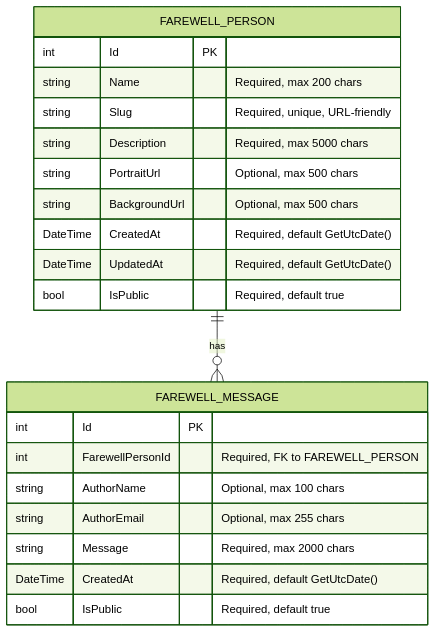
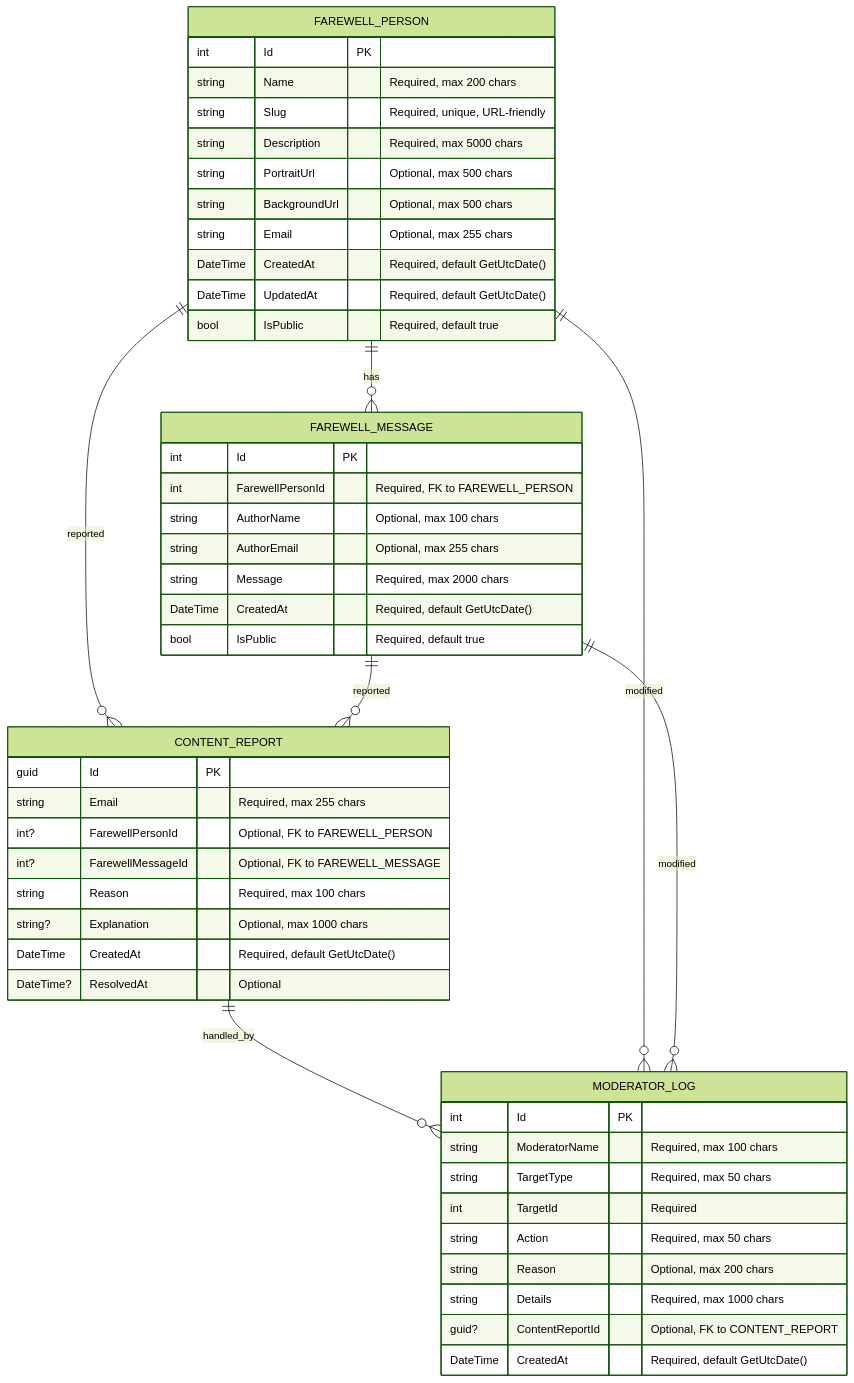
The diagram in SOFTWARE_SPECIFICATION.md (AdMFirst/FarewellMyBeloved), drawn with Mermaid (forest theme) before and after one commit. The commit also changed other lines of this file and 2 other files, not shown here.

````diff
--- a/SOFTWARE_SPECIFICATION.md
+++ b/SOFTWARE_SPECIFICATION.md
@@ -52,26 +62,55 @@
 ```mermaid
 erDiagram
     FAREWELL_PERSON {
         int Id PK
         string Name "Required, max 200 chars"
         string Slug "Required, unique, URL-friendly"
         string Description "Required, max 5000 chars"
         string PortraitUrl "Optional, max 500 chars"
         string BackgroundUrl "Optional, max 500 chars"
+        string Email "Optional, max 255 chars"
         DateTime CreatedAt "Required, default GetUtcDate()"
         DateTime UpdatedAt "Required, default GetUtcDate()"
         bool IsPublic "Required, default true"
     }
     
     FAREWELL_MESSAGE {
         int Id PK
         int FarewellPersonId "Required, FK to FAREWELL_PERSON"
         string AuthorName "Optional, max 100 chars"
         string AuthorEmail "Optional, max 255 chars"
         string Message "Required, max 2000 chars"
         DateTime CreatedAt "Required, default GetUtcDate()"
         bool IsPublic "Required, default true"
     }
     
+    CONTENT_REPORT {
+        guid Id PK
+        string Email "Required, max 255 chars"
+        int? FarewellPersonId "Optional, FK to FAREWELL_PERSON"
+        int? FarewellMessageId "Optional, FK to FAREWELL_MESSAGE"
+        string Reason "Required, max 100 chars"
+        string? Explanation "Optional, max 1000 chars"
+        DateTime CreatedAt "Required, default GetUtcDate()"
+        DateTime? ResolvedAt "Optional"
+    }
+    
+    MODERATOR_LOG {
+        int Id PK
+        string ModeratorName "Required, max 100 chars"
+        string TargetType "Required, max 50 chars"
+        int TargetId "Required"
+        string Action "Required, max 50 chars"
+        string Reason "Optional, max 200 chars"
+        string Details "Required, max 1000 chars"
+        guid? ContentReportId "Optional, FK to CONTENT_REPORT"
+        DateTime CreatedAt "Required, default GetUtcDate()"
+    }
+    
     FAREWELL_PERSON ||--o{ FAREWELL_MESSAGE : "has"
+    FAREWELL_PERSON ||--o{ CONTENT_REPORT : "reported"
+    FAREWELL_MESSAGE ||--o{ CONTENT_REPORT : "reported"
+    CONTENT_REPORT ||--o{ MODERATOR_LOG : "handled_by"
+    FAREWELL_PERSON ||--o{ MODERATOR_LOG : "modified"
+    FAREWELL_MESSAGE ||--o{ MODERATOR_LOG : "modified"
 ```
````
